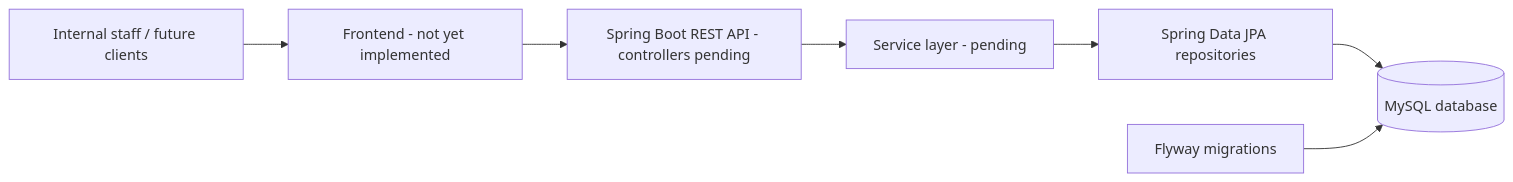
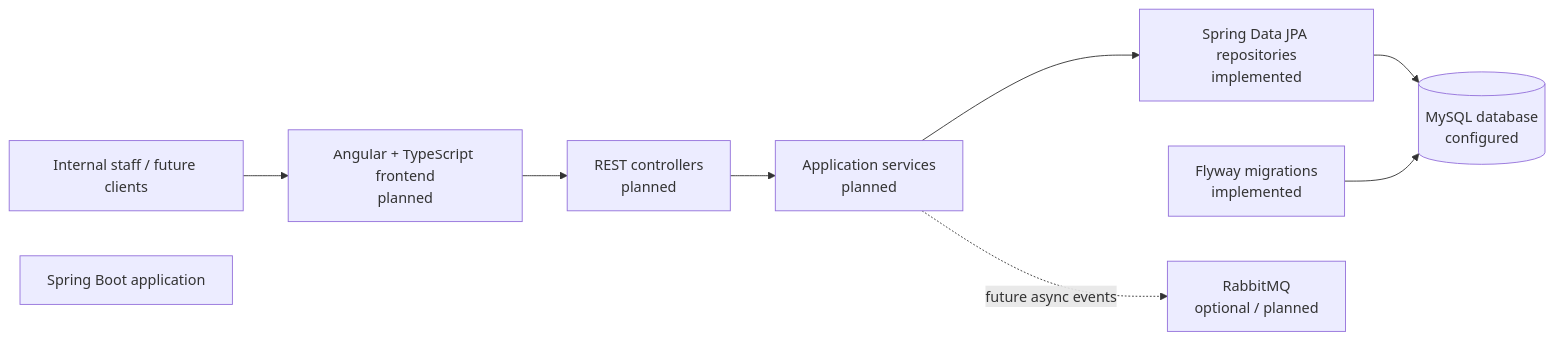
Before and after one commit to Thushar7/GSTHub: the first of 2 diagrams in README.md, drawn with Mermaid. The commit also changed other lines of this file, not shown here.

````diff
--- a/README.md
+++ b/README.md
@@ -163,17 +160,20 @@
 ```mermaid
 flowchart LR
-    User[Internal staff / future clients]
-    FE[Frontend - not yet implemented]
-    API[Spring Boot REST API - controllers pending]
-    APP[Service layer - pending]
-    REPO[Spring Data JPA repositories]
-    DB[(MySQL database)]
-    FM[Flyway migrations]
+    Staff[Internal staff / future clients]
+    FE[Angular + TypeScript frontend<br/>planned]
+    API[Spring Boot application]
+    CTRL[REST controllers<br/>planned]
+    SVC[Application services<br/>planned]
+    REPO[Spring Data JPA repositories<br/>implemented]
+    DB[(MySQL database<br/>configured)]
+    MIG[Flyway migrations<br/>implemented]
+    MQ[RabbitMQ<br/>optional / planned]
 
-    User --> FE
-    FE --> API
-    API --> APP
-    APP --> REPO
+    Staff --> FE
+    FE --> CTRL
+    CTRL --> SVC
+    SVC --> REPO
     REPO --> DB
-    FM --> DB
+    MIG --> DB
+    SVC -. future async events .-> MQ
 ```
````
